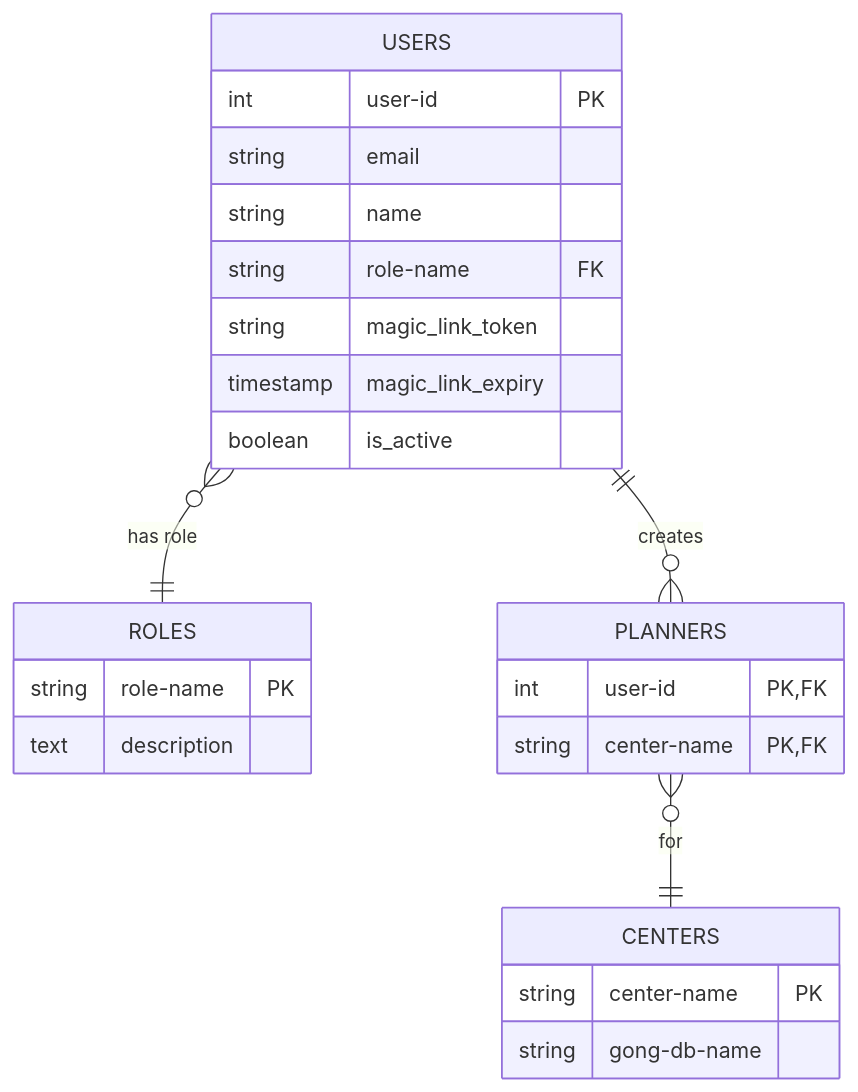
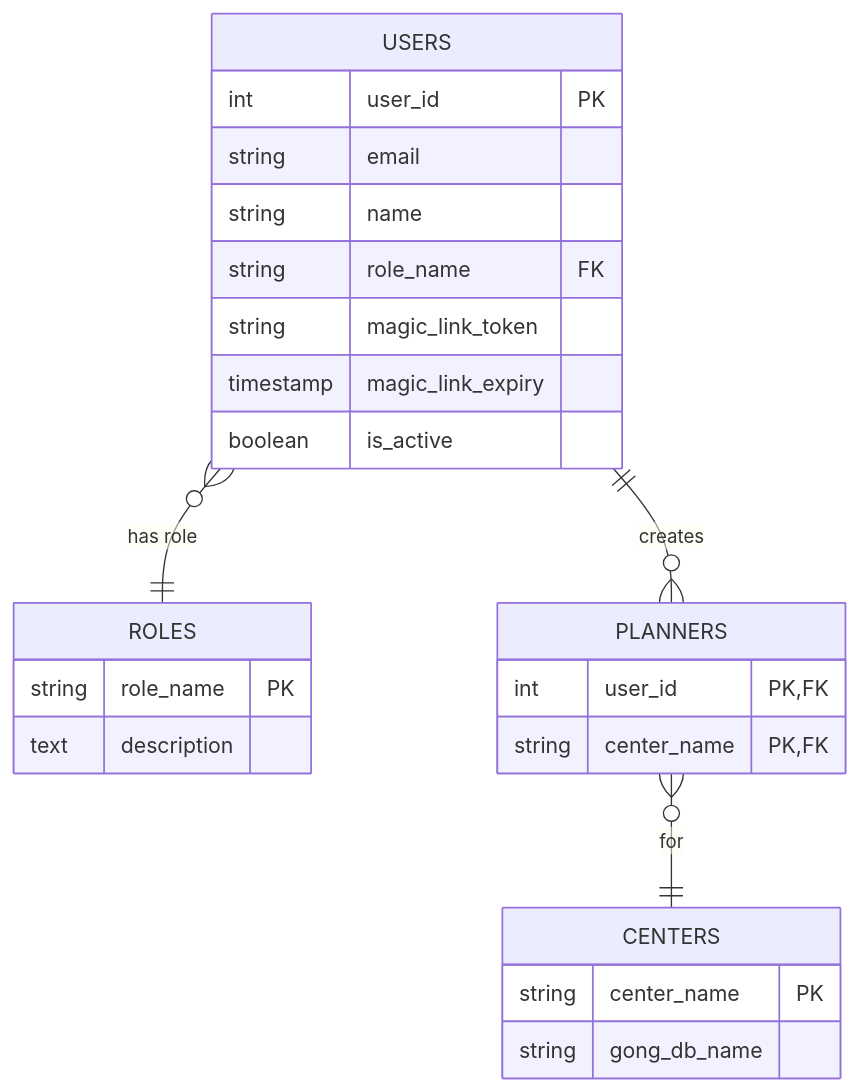
One commit to s66erge/entan-mkdocs changed the diagram in docs/gongprog.md. Above: the diagram before and after it, drawn with Mermaid. The commit also changed other lines of this file and 6 other files, not shown here.

````diff
--- a/docs/gongprog.md
+++ b/docs/gongprog.md
@@ -49,31 +49,31 @@
 ```mermaid
 erDiagram
 
     ROLES {
-        string role-name PK
+        string role_name PK
         text description
     }
 
     USERS  }o--|| ROLES : "has role"
     USERS {
-        int user-id PK
+        int user_id PK
         string email
         string name
-        string role-name FK
+        string role_name FK
         string magic_link_token
         timestamp magic_link_expiry
         boolean is_active
     }
 
     CENTERS {
-        string center-name PK
-        string gong-db-name
+        string center_name PK
+        string gong_db_name
     }
 
     USERS ||--o{ PLANNERS : creates
     PLANNERS }o--|| CENTERS : for
     PLANNERS {
-        int user-id PK, FK
-        string center-name PK, FK
+        int user_id PK, FK
+        string center_name PK, FK
     }
 ```
````
